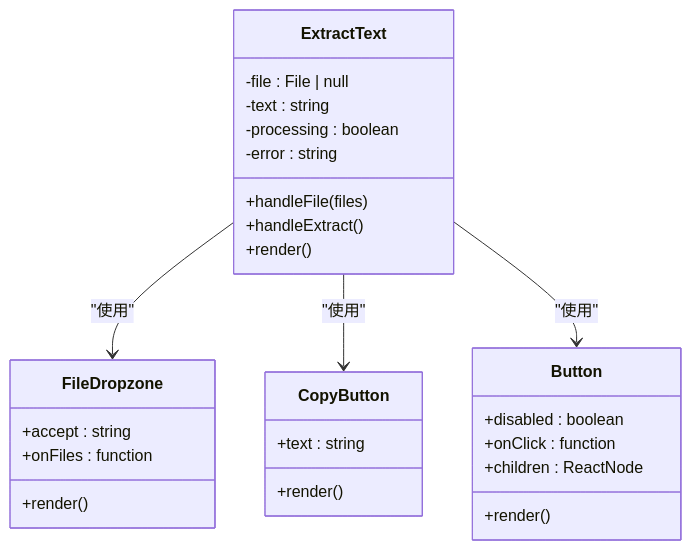
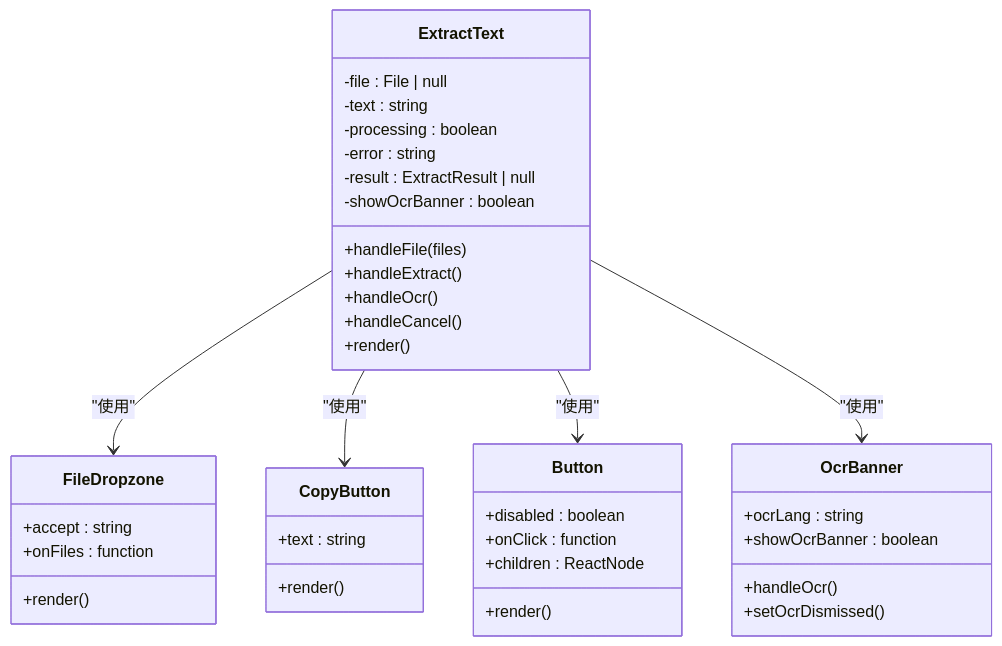
The fifth of 6 diagrams in .qoder/repowiki/zh/content/PDF工具/提取文本工具.md (sgyy/privadeck), drawn with Mermaid before and after one commit. The commit also changed other lines of this file and 7 other files, not shown here.

````diff
--- a/.qoder/repowiki/zh/content/PDF工具/提取文本工具.md
+++ b/.qoder/repowiki/zh/content/PDF工具/提取文本工具.md
@@ -165,30 +273,41 @@
 ```mermaid
 classDiagram
 class ExtractText {
 -file : File | null
 -text : string
 -processing : boolean
 -error : string
+-result : ExtractResult | null
+-showOcrBanner : boolean
 +handleFile(files)
 +handleExtract()
++handleOcr()
++handleCancel()
 +render()
 }
 class FileDropzone {
 +accept : string
 +onFiles : function
 +render()
 }
 class CopyButton {
 +text : string
 +render()
 }
 class Button {
 +disabled : boolean
 +onClick : function
 +children : ReactNode
 +render()
 }
+class OcrBanner {
++ocrLang : string
++showOcrBanner : boolean
++handleOcr()
++setOcrDismissed()
+}
 ExtractText --> FileDropzone : "使用"
 ExtractText --> CopyButton : "使用"
 ExtractText --> Button : "使用"
+ExtractText --> OcrBanner : "使用"
 ```
````
